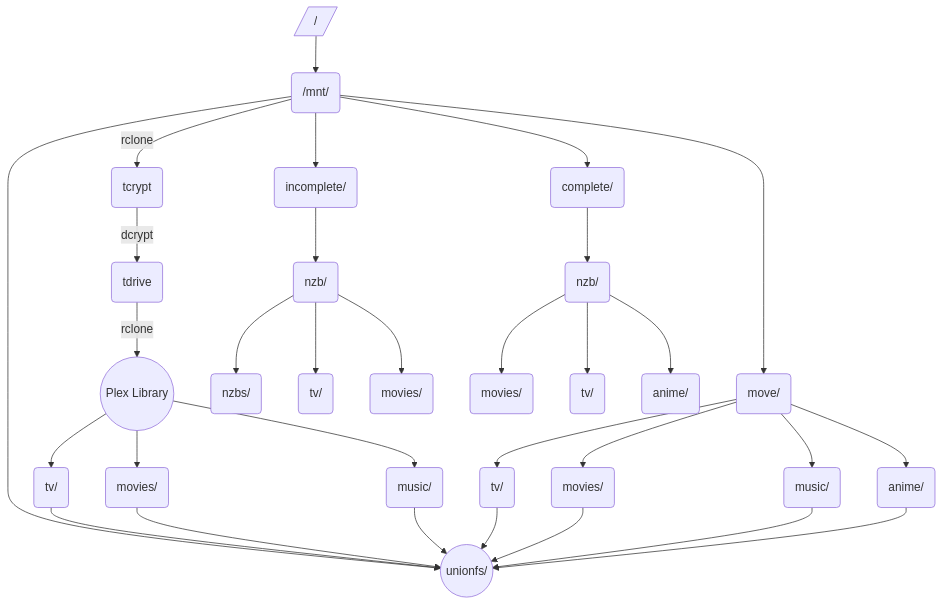
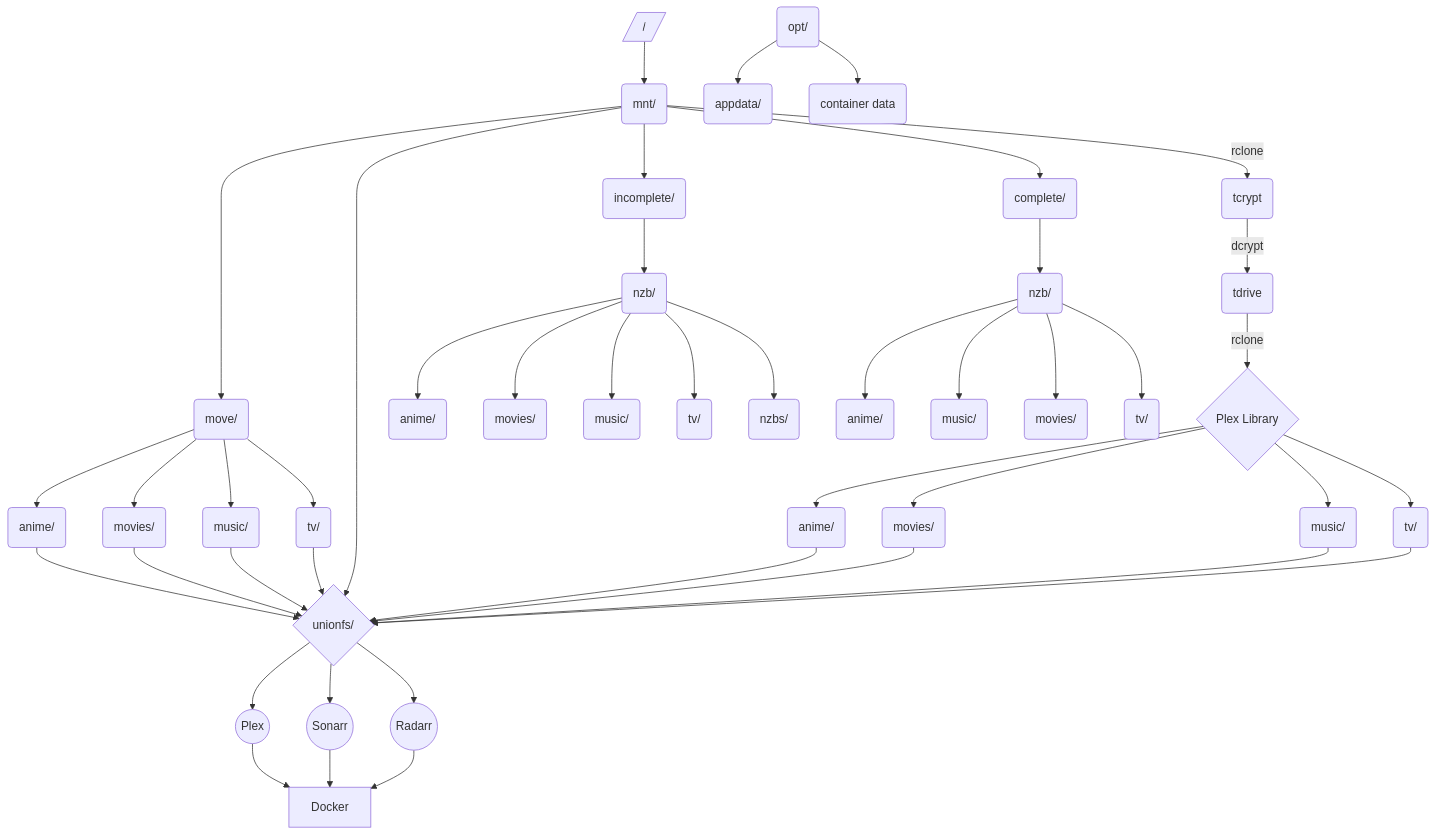
Before and after one commit to SilverSix311/Kontent-Krait-Wiki: the diagram in Kontent Krait Map.md, drawn with Mermaid. The commit also changed 1 other file, not shown here.

Commit message:
Edited Flow Chart

````diff
--- a/Kontent Krait Map.md
+++ b/Kontent Krait Map.md
@@ -1,60 +1,51 @@
 ```mermaid 
 graph TD
 
-HOST[///] --> MNT(/mnt/) -->|rclone| RTC(tcrypt)
+HOST[///] --> MNT(mnt/) -->|rclone| RTC(tcrypt) -->|dcrypt| RTD(tdrive)
 
-RTC -->|dcrypt| RTD(tdrive)
+RTD -->|rclone| LIB{Plex Library}
 
-  
+OPT(opt/)
 
-MNT --> INC(incomplete/)
-
-MNT --> COM(complete/)
-
-MNT --> UFS((unionfs/))
-
-RTD -->|rclone| LIB((Plex Library))
-
-  
-
-LIB --> LTV(tv/) --> UFS
-
-LIB --> LMOV(movies/) --> UFS
-
-LIB --> LMUS(music/) --> UFS
-
-  
+OPT --> APPDATA(appdata/)
+OPT --> CONDATA(container data)
 
 MNT --> MOV(move/)
 
-  
-
+MOV --> MANM(anime/) --> UFS
+MOV --> MMOV(movies/) --> UFS
+MOV --> MMUS(music/) --> UFS
 MOV --> MTV(tv/) --> UFS
 
-MOV --> MMOV(movies/) --> UFS
+MNT --> UFS{unionfs/}
+MNT --> INC(incomplete/)
+MNT --> COM(complete/)
 
-MOV --> MMUS(music/) --> UFS
-MOV --> MANM(anime/) --> UFS
-
-  
+LIB --> LANM(anime/) --> UFS
+LIB --> LMOV(movies/) --> UFS
+LIB --> LMUS(music/) --> UFS
+LIB --> LTV(tv/) --> UFS
 
 INC --> NZBI(nzb/)
 
+NZBI --> NABA(anime/)
+NZBI --> NZBIM(movies/)
+NZBI --> NZBIMU(music/)
+NZBI --> NZBITV(tv/)
 NZBI --> NZBS(nzbs/)
-
-NZBI --> NZBITV(tv/)
-
-NZBI --> NZBIM(movies/)
-
-  
 
 COM --> NZB(nzb/)
 
-  
-
+NZB --> NZBA(anime/)
+NZB --> NZBMU(music/)
 NZB --> NZBM(movies/)
-
 NZB --> NZBTV(tv/)
 
-NZB --> NZBA(anime/)
+UFS --> PLEX((Plex))
+UFS --> SONR((Sonarr))
+UFS --> RADR((Radarr))
+
+PLEX --> DOCKER[Docker]
+SONR --> DOCKER
+RADR --> DOCKER
 ```
````
